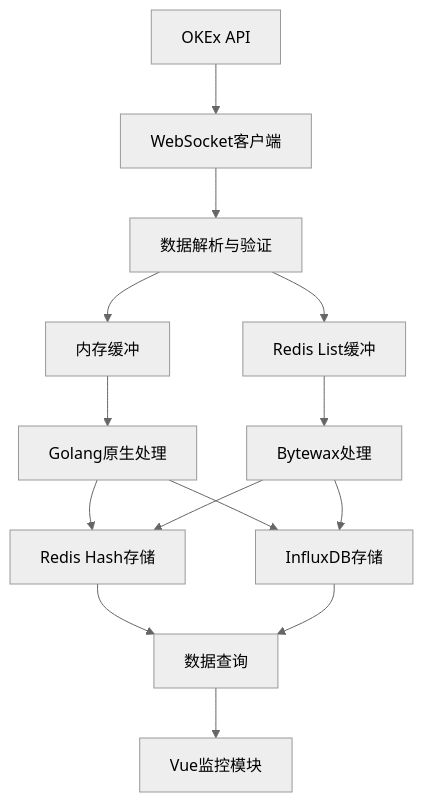
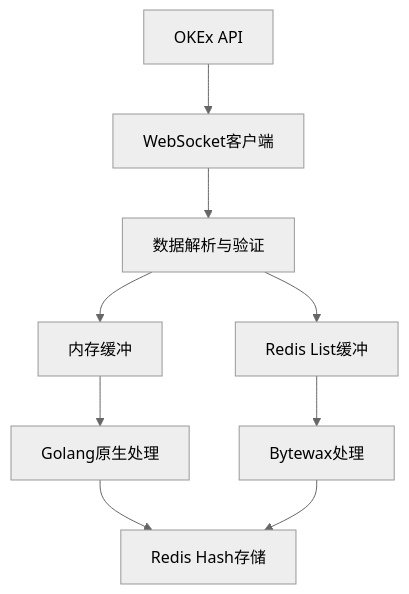
The second of 5 diagrams in ARCHITECTURE.md (bidepideyipi/okex-books-buddy), drawn with Mermaid (neutral theme) before and after one commit. The commit also changed other lines of this file and 3 other files, not shown here.

````diff
--- a/ARCHITECTURE.md
+++ b/ARCHITECTURE.md
@@ -233,19 +155,13 @@
 ```mermaid
 graph TB
     A["OKEx API"] --> B["WebSocket客户端"]
     B --> C["数据解析与验证"]
     C --> G["内存缓冲"]
     C --> H["Redis List缓冲"]
   
     G --> I["Golang原生处理"]
     H --> J["Bytewax处理"]
   
     I --> K["Redis Hash存储"]
     J --> K
-    I --> L["InfluxDB存储"]
-    J --> L
-  
-    K --> M["数据查询"]
-    L --> M
-    M --> N["Vue监控模块"]
 ```
````
